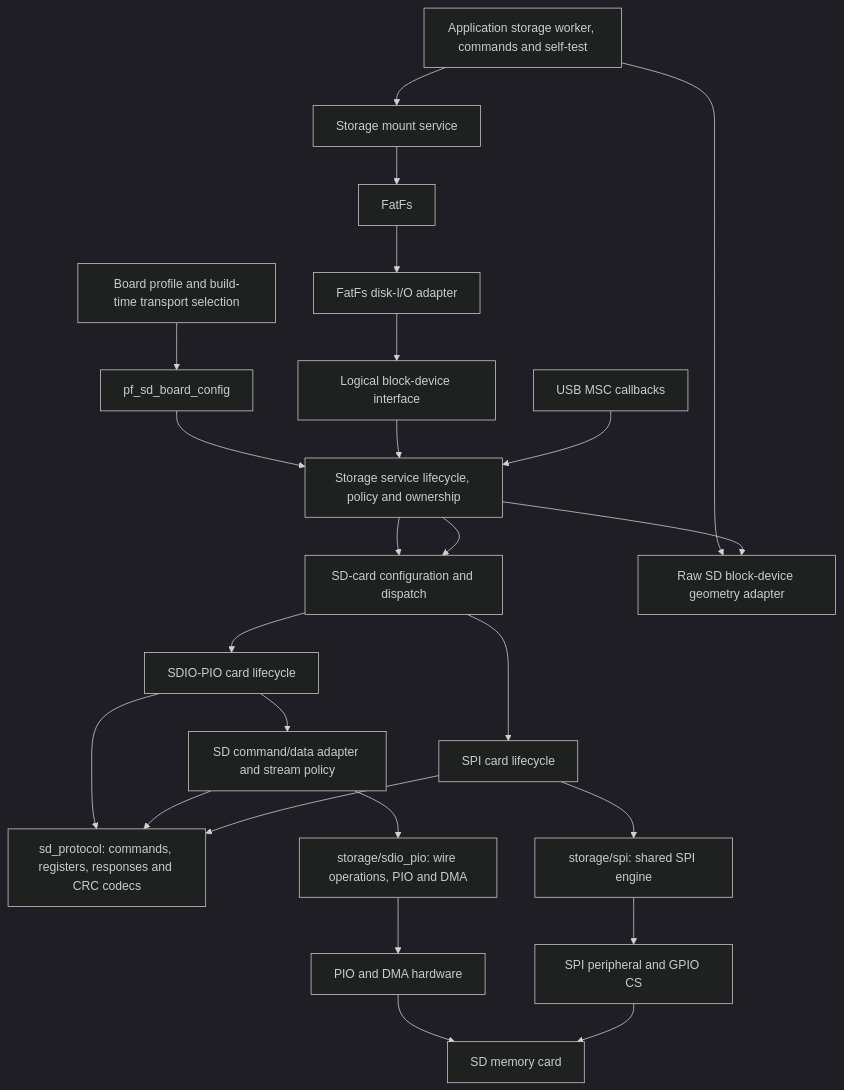
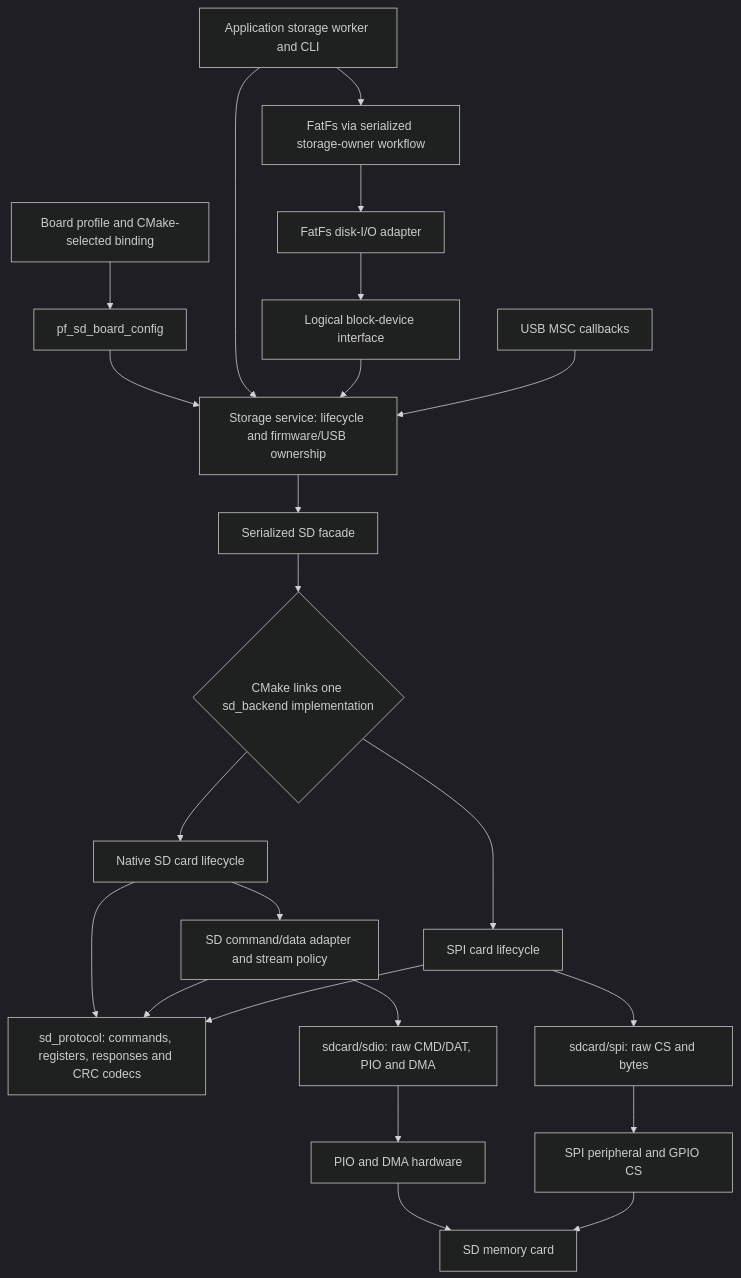
One commit to djwinter29-oss/PicoForge changed the first of 5 diagrams in docs/design/sdcard/sdcard-driver-design.md. Above: the diagram before and after it, drawn with Mermaid (dark theme). The commit also changed other lines of this file and 63 other files, not shown here.

````diff
--- a/docs/design/sdcard/sdcard-driver-design.md
+++ b/docs/design/sdcard/sdcard-driver-design.md
@@ -89,27 +129,25 @@
 ```mermaid
 flowchart TD
-    Board[Board profile and build-time transport selection] --> Config[pf_sd_board_config]
-    Config --> Gate[Storage service lifecycle, policy and ownership]
-    Gate --> Card[SD-card configuration and dispatch]
-    App[Application storage worker, commands and self-test] --> Storage[Storage mount service]
-    App --> SDAdapter
-    Storage --> FatFs[FatFs]
+    Board[Board profile and CMake-selected binding] --> Config[pf_sd_board_config]
+    Config --> Gate[Storage service: lifecycle and firmware/USB ownership]
+    App[Application storage worker and CLI] --> Gate
+    App --> FatFs[FatFs via serialized storage-owner workflow]
     FatFs --> Disk[FatFs disk-I/O adapter]
     Disk --> Block[Logical block-device interface]
     Block --> Gate
-    Gate --> SDAdapter[Raw SD block-device geometry adapter]
     MSC[USB MSC callbacks] --> Gate
-    Gate --> Card
-    Card --> Native[SDIO-PIO card lifecycle]
-    Card --> SPI[SPI card lifecycle]
+    Gate --> Card[Serialized SD facade]
+    Card --> Selected{CMake links one sd_backend implementation}
+    Selected --> Native[Native SD card lifecycle]
+    Selected --> SPI[SPI card lifecycle]
     Native --> Host[SD command/data adapter and stream policy]
     Native --> Shared[sd_protocol: commands, registers, responses and CRC codecs]
     Host --> Shared
     SPI --> Shared
-    Host --> NativeBus[storage/sdio_pio: wire operations, PIO and DMA]
+    Host --> NativeBus[sdcard/sdio: raw CMD/DAT, PIO and DMA]
     NativeBus --> PIO[PIO and DMA hardware]
-    SPI --> SerialBus[storage/spi: shared SPI engine]
+    SPI --> SerialBus[sdcard/spi: raw CS and bytes]
     SerialBus --> Peripheral[SPI peripheral and GPIO CS]
     PIO --> Media[SD memory card]
     Peripheral --> Media
 ```
````
